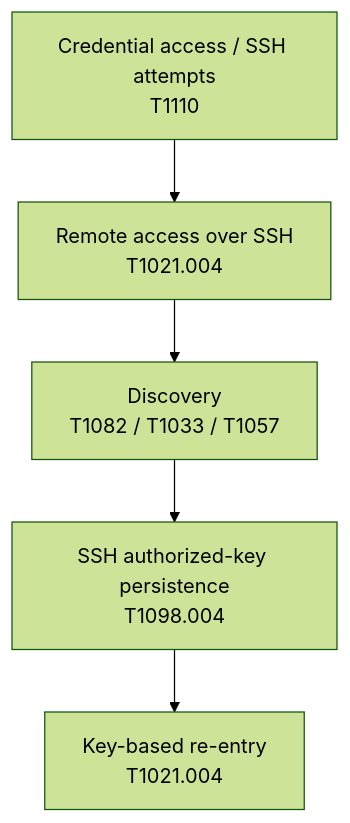
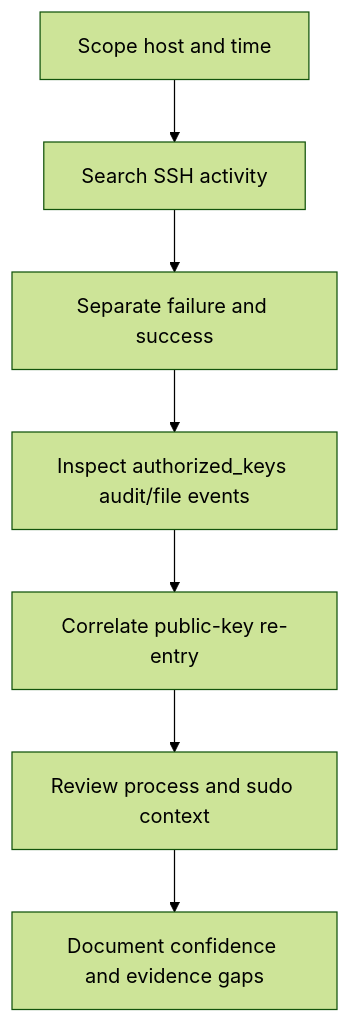
The third of 10 diagrams in README.md (KdMenon007/CatchMe-SOC-Project-01), drawn with Mermaid (forest theme) before and after one commit. The commit also changed other lines of this file, not shown here.

````diff
--- a/README.md
+++ b/README.md
@@ -198,7 +148,9 @@
-``` mermaid
+```mermaid
 flowchart TD
-    A["Credential access / SSH attempts<br/>T1110"] --> B["Remote access over SSH<br/>T1021.004"]
-    B --> C["Discovery<br/>T1082 / T1033 / T1057"]
-    C --> D["SSH authorized-key persistence<br/>T1098.004"]
-    D --> E["Key-based re-entry<br/>T1021.004"]
+    A["Scope host and time"] --> B["Search SSH activity"]
+    B --> C["Separate failure and success"]
+    C --> D["Inspect authorized_keys audit/file events"]
+    D --> E["Correlate public-key re-entry"]
+    E --> F["Review process and sudo context"]
+    F --> G["Document confidence and evidence gaps"]
 ```
````
